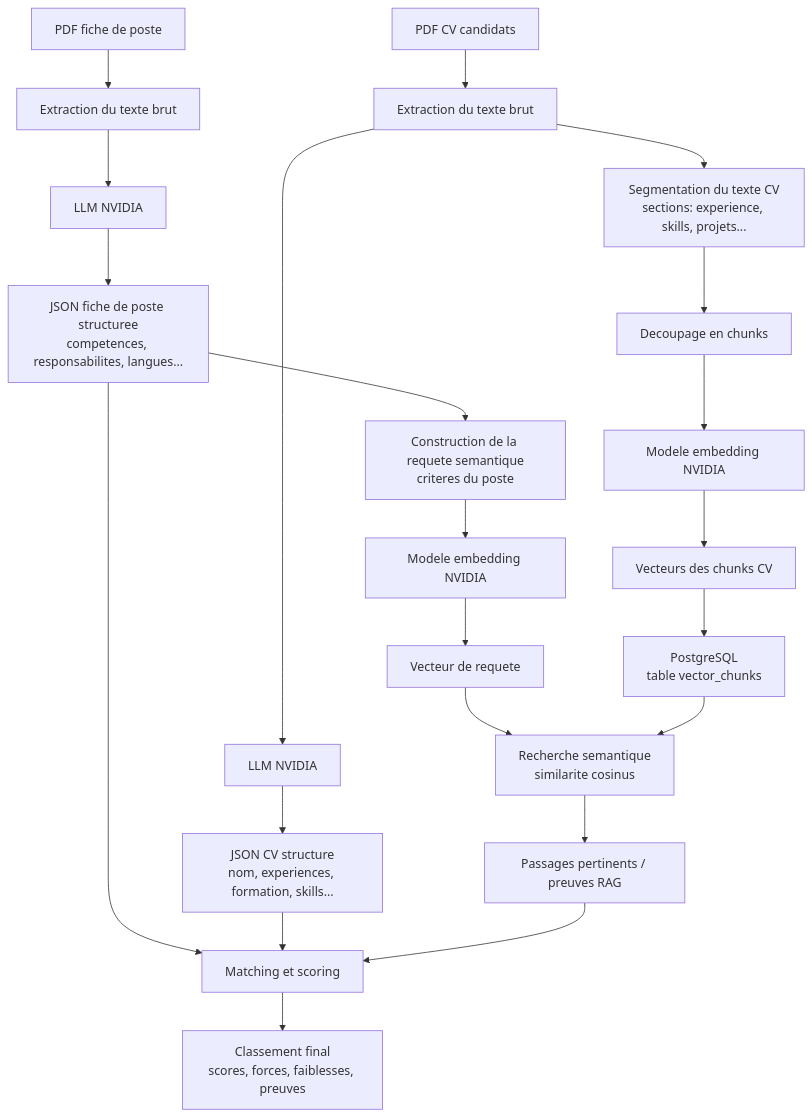
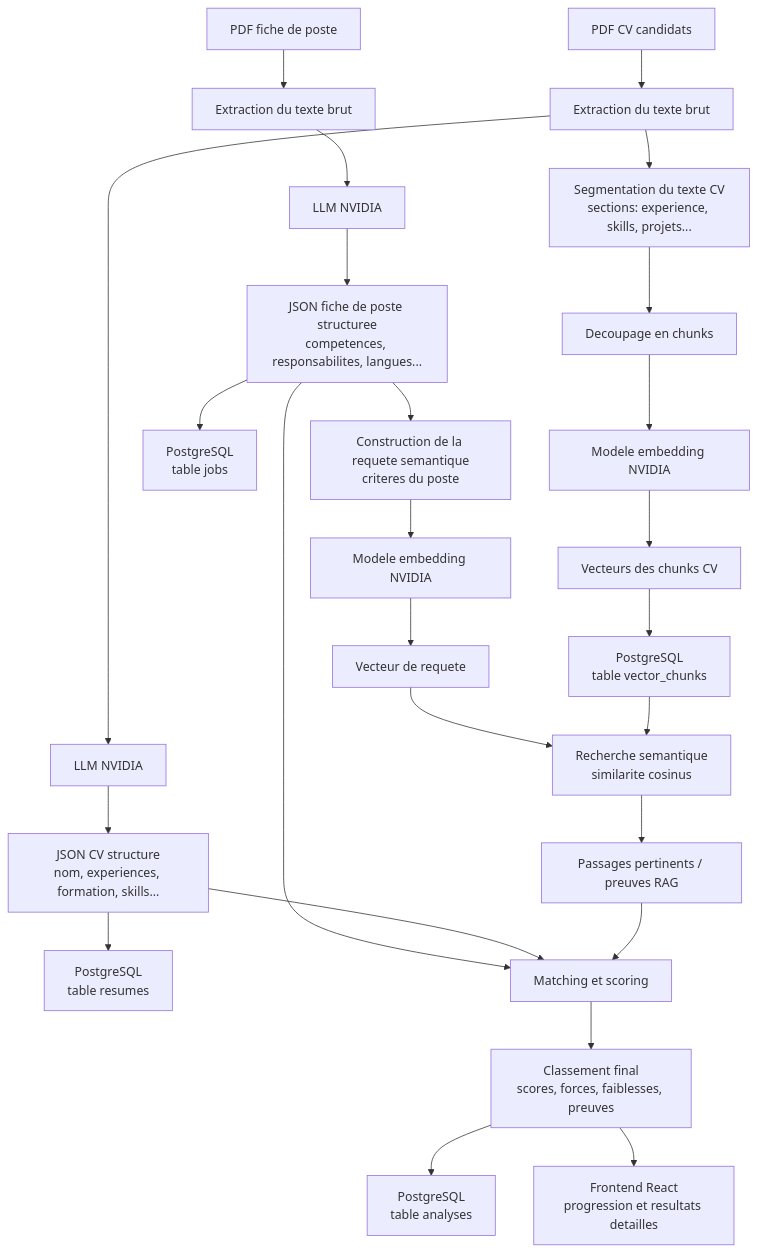
Before and after one commit to hamzasennah/SmartRecruit: the diagram in README.md, drawn with Mermaid. The commit also changed other lines of this file and 40 other files, not shown here.

````diff
--- a/README.md
+++ b/README.md
@@ -27,32 +28,36 @@
 ```mermaid
 flowchart TD
     A["PDF fiche de poste"] --> B["Extraction du texte brut"]
     C["PDF CV candidats"] --> D["Extraction du texte brut"]
 
     B --> E["LLM NVIDIA"]
     D --> F["LLM NVIDIA"]
 
     E --> G["JSON fiche de poste structuree<br/>competences, responsabilites, langues..."]
     F --> H["JSON CV structure<br/>nom, experiences, formation, skills..."]
 
     D --> I["Segmentation du texte CV<br/>sections: experience, skills, projets..."]
     I --> J["Decoupage en chunks"]
     J --> K["Modele embedding NVIDIA"]
     K --> L["Vecteurs des chunks CV"]
     L --> M["PostgreSQL<br/>table vector_chunks"]
+    G --> DB1["PostgreSQL<br/>table jobs"]
+    H --> DB2["PostgreSQL<br/>table resumes"]
 
     G --> N["Construction de la requete semantique<br/>criteres du poste"]
     N --> O["Modele embedding NVIDIA"]
     O --> P["Vecteur de requete"]
 
     P --> Q["Recherche semantique<br/>similarite cosinus"]
     M --> Q
 
     Q --> R["Passages pertinents / preuves RAG"]
 
     G --> S["Matching et scoring"]
     H --> S
     R --> S
 
     S --> T["Classement final<br/>scores, forces, faiblesses, preuves"]
+    T --> DB3["PostgreSQL<br/>table analyses"]
+    T --> U["Frontend React<br/>progression et resultats detailles"]
 ```
````
